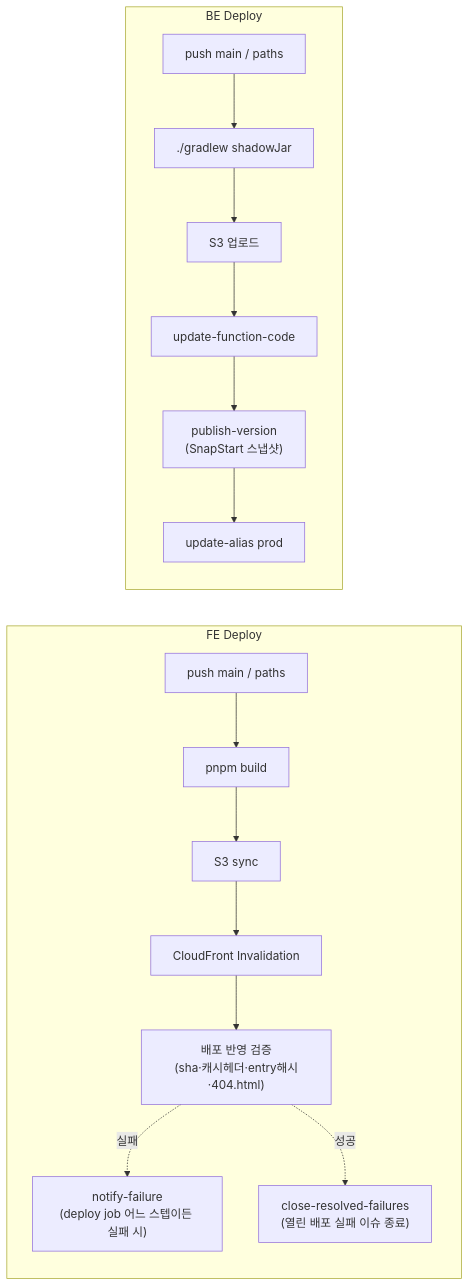
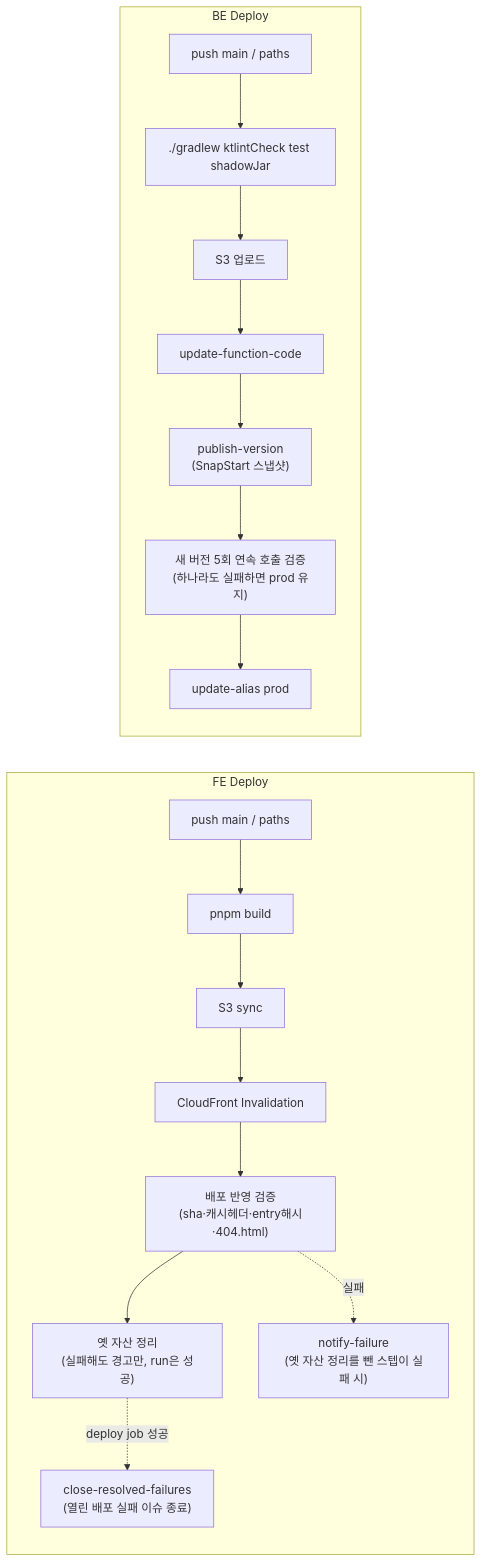
The second of 4 diagrams in docs/SYSTEM-ARCHITECTURE.md (BAECHAN/link-sphere_FE_NEW), drawn with Mermaid before and after one commit. The commit also changed other lines of this file and 52 other files, not shown here.

````diff
--- a/docs/SYSTEM-ARCHITECTURE.md
+++ b/docs/SYSTEM-ARCHITECTURE.md
@@ -122,24 +128,26 @@
 ```mermaid
 flowchart LR
   subgraph fe_deploy [FE Deploy]
     FE_Trigger["push main / paths"]
     FE_Build["pnpm build"]
     FE_S3["S3 sync"]
     FE_CF["CloudFront Invalidation"]
     FE_Verify["배포 반영 검증<br/>(sha·캐시헤더·entry해시·404.html)"]
-    FE_Notify["notify-failure<br/>(deploy job 어느 스텝이든 실패 시)"]
+    FE_Prune["옛 자산 정리<br/>(실패해도 경고만, run은 성공)"]
+    FE_Notify["notify-failure<br/>(옛 자산 정리를 뺀 스텝이 실패 시)"]
     FE_Close["close-resolved-failures<br/>(열린 배포 실패 이슈 종료)"]
-    FE_Trigger --> FE_Build --> FE_S3 --> FE_CF --> FE_Verify
+    FE_Trigger --> FE_Build --> FE_S3 --> FE_CF --> FE_Verify --> FE_Prune
     FE_Verify -.실패.-> FE_Notify
-    FE_Verify -.성공.-> FE_Close
+    FE_Prune -.->|deploy job 성공| FE_Close
   end
   subgraph be_deploy [BE Deploy]
     BE_Trigger["push main / paths"]
-    BE_Jar["./gradlew shadowJar"]
+    BE_Jar["./gradlew ktlintCheck test shadowJar"]
     BE_S3["S3 업로드"]
     BE_Code["update-function-code"]
     BE_Ver["publish-version<br/>(SnapStart 스냅샷)"]
+    BE_Gate["새 버전 5회 연속 호출 검증<br/>(하나라도 실패하면 prod 유지)"]
     BE_Alias["update-alias prod"]
-    BE_Trigger --> BE_Jar --> BE_S3 --> BE_Code --> BE_Ver --> BE_Alias
+    BE_Trigger --> BE_Jar --> BE_S3 --> BE_Code --> BE_Ver --> BE_Gate --> BE_Alias
   end
 ```
````
